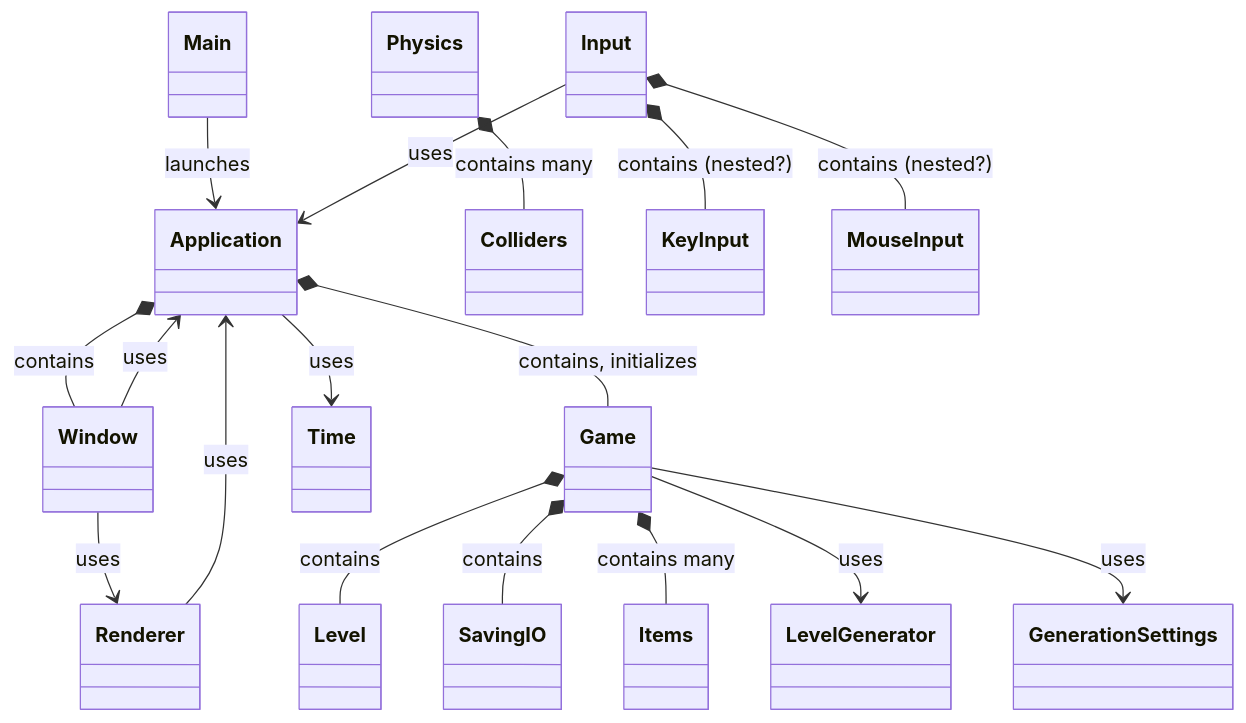
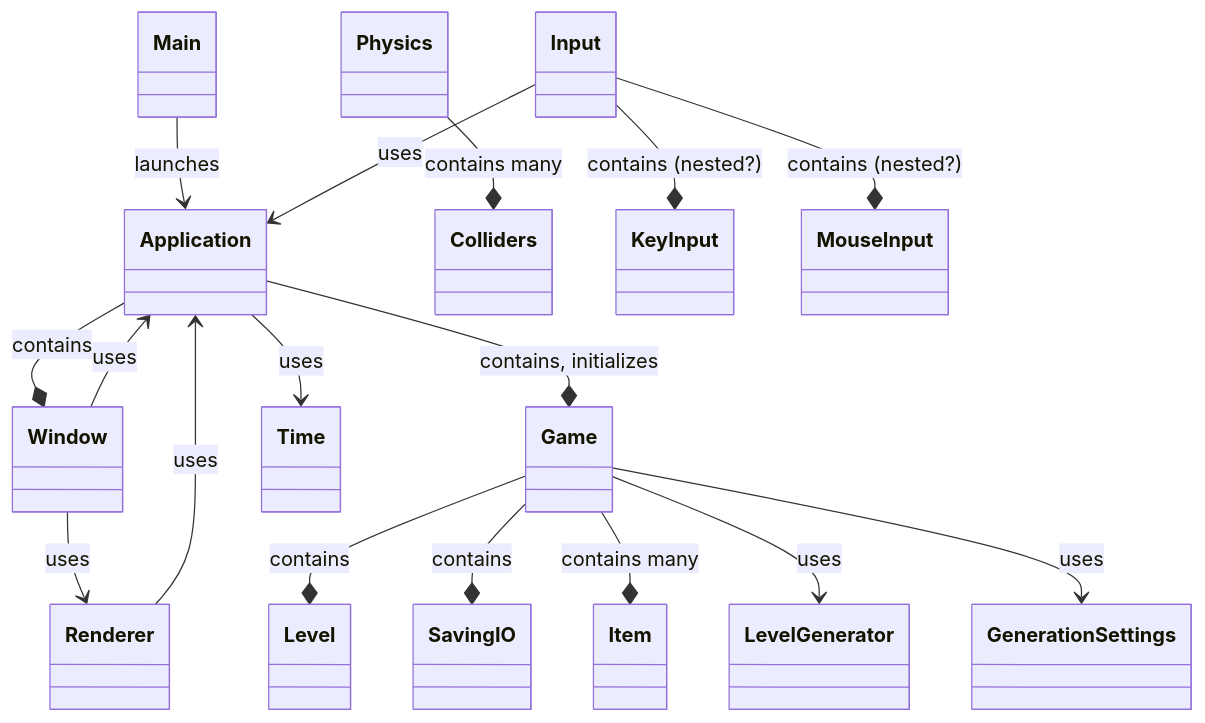
Before and after one commit to Rimaro03/docs-exam-slayer: the fourth of 9 diagrams in docs/design/class_diagrams.md, drawn with Mermaid. The commit also changed other lines of this file, not shown here.

Commit message:
started component system class diagram

````diff
--- a/docs/design/class_diagrams.md
+++ b/docs/design/class_diagrams.md
@@ -49,25 +57,25 @@
 ```mermaid
 classDiagram
   Main --> Application: launches
 
-  Application *-- Window: contains
-  Application *-- Game: contains, initializes
+  Application --* Window: contains
+  Application --* Game: contains, initializes
   Application --> Time: uses
 
-  Game *-- Level: contains
-  Game *-- SavingIO: contains
-  Game *-- Items: contains many
+  Game --* Level: contains
+  Game --* SavingIO: contains
+  Game --* Item: contains many
   Game --> LevelGenerator: uses
   Game --> GenerationSettings: uses
 
   Window --> Renderer: uses
   Window --> Application: uses
 
-  Physics *-- Colliders: contains many
+  Physics --* Colliders: contains many
 
   Input --> Application: uses
-  Input *-- KeyInput: contains (nested?)
-  Input *-- MouseInput: contains (nested?)
+  Input --* KeyInput: contains (nested?)
+  Input --* MouseInput: contains (nested?)
 
   Renderer --> Application: uses
 ```
````
